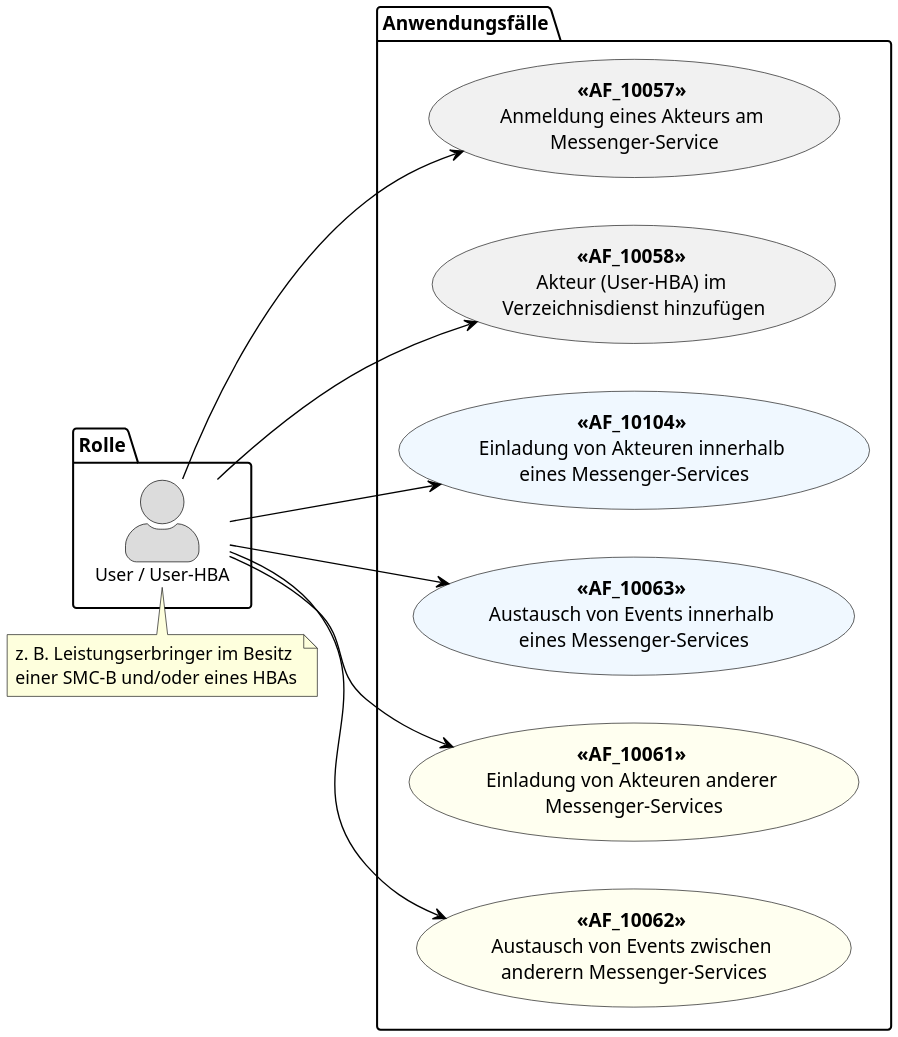
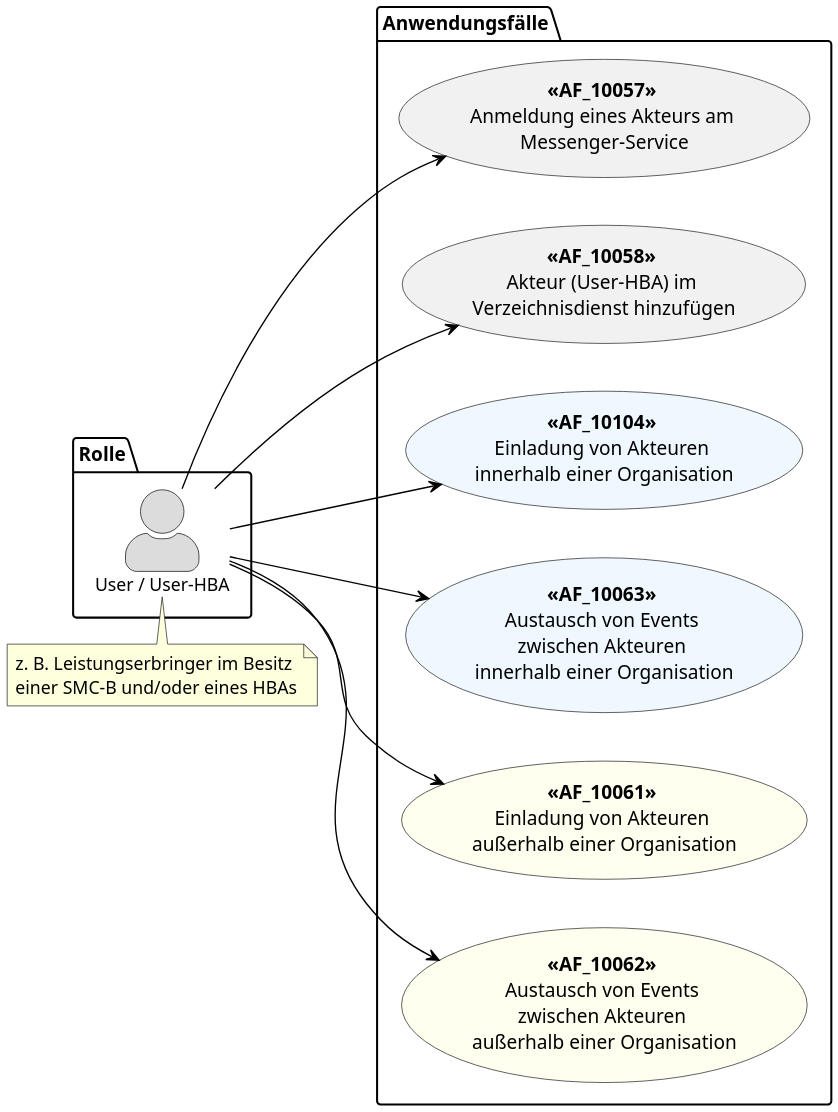
One commit to gematik/api-ti-messenger changed the diagram in src/plantuml/TI-Messenger-Dienst/Ressourcen/UC_user_HBA.puml. Above: the diagram before and after it, drawn with PlantUML.

```diff
--- a/src/plantuml/TI-Messenger-Dienst/Ressourcen/UC_user_HBA.puml
+++ b/src/plantuml/TI-Messenger-Dienst/Ressourcen/UC_user_HBA.puml
@@ -8,52 +8,52 @@
 @startuml
 skinparam actorStyle awesome
 left to right direction
 scale 6/3
 
 skinparam sequence {
 ArrowColor black
 ArrowFontSize 17
 ActorBorderColor black
 LifeLineBorderColor black
 LifeLineBackgroundColor Gainsboro
 
 ParticipantBorderColor Motivation
 ParticipantBackgroundColor Motivation
 ParticipantFontName Impact
 ParticipantFontSize 20
 ParticipantFontColor black
 ParticipantBorderColor Black
 ParticipantBackgroundColor MOTIVATION
 
 ActorBackgroundColor Gainsboro
 ActorFontColor black
 ActorFontSize 13
 ActorFontName Aapex
 }
 
 package Rolle {
 actor "User / User-HBA" as uuh
 }
 
 package Anwendungsfälle {
 usecase "**<<AF_10057>>** \nAnmeldung eines Akteurs am \nMessenger-Service" as UC1
 usecase "**<<AF_10058>>** \nAkteur (User-HBA) im \nVerzeichnisdienst hinzufügen" as UC2
-usecase "**<<AF_10104>>** \nEinladung von Akteuren innerhalb \neines Messenger-Services" as UC3 #AliceBlue
-usecase "**<<AF_10063>>** \nAustausch von Events innerhalb \neines Messenger-Services" as UC4 #AliceBlue
-usecase "**<<AF_10061>>** \nEinladung von Akteuren anderer \nMessenger-Services" as UC5 #Ivory
-usecase "**<<AF_10062>>** \nAustausch von Events zwischen \nanderern Messenger-Services" as UC6 #Ivory
+usecase "**<<AF_10104>>** \nEinladung von Akteuren \ninnerhalb einer Organisation" as UC3 #AliceBlue
+usecase "**<<AF_10063>>** \nAustausch von Events \nzwischen Akteuren \ninnerhalb einer Organisation" as UC4 #AliceBlue
+usecase "**<<AF_10061>>** \nEinladung von Akteuren \naußerhalb einer Organisation" as UC5 #Ivory
+usecase "**<<AF_10062>>** \nAustausch von Events \nzwischen Akteuren \naußerhalb einer Organisation" as UC6 #Ivory
 }
 
 uuh --> UC1
 uuh --> UC2
 uuh --> UC3
 uuh --> UC4
 uuh --> UC5
 uuh --> UC6
 
 note top of (uuh)
 z. B. Leistungserbringer im Besitz 
 einer SMC-B und/oder eines HBAs
 end note
 
 @enduml
```
